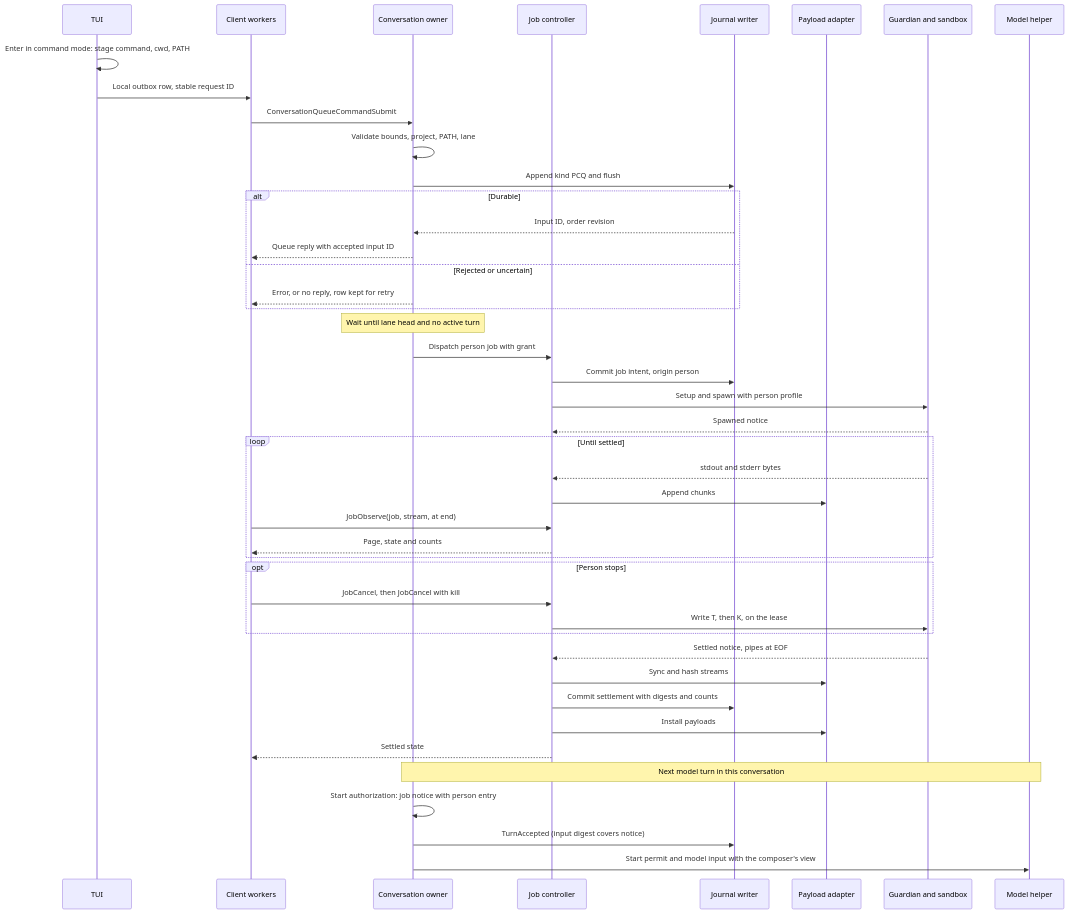
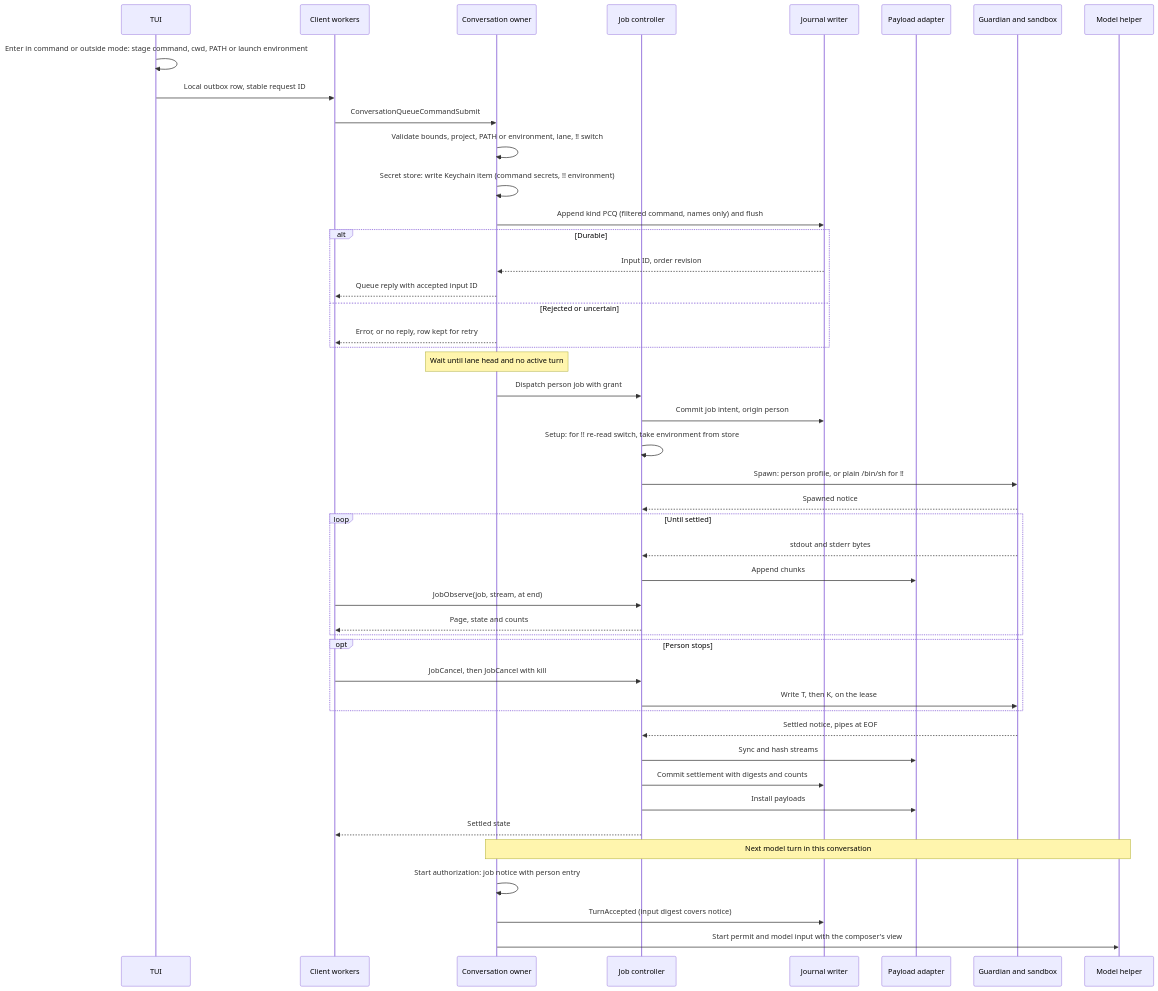
The fifth of 7 diagrams in docs/designs/person-command-mode.md (pidster/asura), drawn with Mermaid before and after one commit. The commit also changed other lines of this file and 9 other files, not shown here.

First line of the commit message:
Design person commands, the whole-command variable and the secret store

````diff
--- a/docs/designs/person-command-mode.md
+++ b/docs/designs/person-command-mode.md
@@ -731,46 +962,48 @@
 ```mermaid
 sequenceDiagram
     participant U as TUI
     participant C as Client workers
     participant S as Conversation owner
     participant K as Job controller
     participant J as Journal writer
     participant P as Payload adapter
     participant G as Guardian and sandbox
     participant M as Model helper
-    U->>U: Enter in command mode: stage command, cwd, PATH
+    U->>U: Enter in command or outside mode: stage command, cwd, PATH or launch environment
     U->>C: Local outbox row, stable request ID
     C->>S: ConversationQueueCommandSubmit
-    S->>S: Validate bounds, project, PATH, lane
-    S->>J: Append kind PCQ and flush
+    S->>S: Validate bounds, project, PATH or environment, lane, !! switch
+    S->>S: Secret store: write Keychain item (command secrets, !! environment)
+    S->>J: Append kind PCQ (filtered command, names only) and flush
     alt Durable
         J-->>S: Input ID, order revision
         S-->>C: Queue reply with accepted input ID
     else Rejected or uncertain
         S-->>C: Error, or no reply, row kept for retry
     end
     Note over S: Wait until lane head and no active turn
     S->>K: Dispatch person job with grant
     K->>J: Commit job intent, origin person
-    K->>G: Setup and spawn with person profile
+    K->>K: Setup: for !! re-read switch, take environment from store
+    K->>G: Spawn: person profile, or plain /bin/sh for !!
     G-->>K: Spawned notice
     loop Until settled
         G-->>K: stdout and stderr bytes
         K->>P: Append chunks
         C->>K: JobObserve(job, stream, at end)
         K-->>C: Page, state and counts
     end
     opt Person stops
         C->>K: JobCancel, then JobCancel with kill
         K->>G: Write T, then K, on the lease
     end
     G-->>K: Settled notice, pipes at EOF
     K->>P: Sync and hash streams
     K->>J: Commit settlement with digests and counts
     K->>P: Install payloads
     K-->>C: Settled state
     Note over S,M: Next model turn in this conversation
     S->>S: Start authorization: job notice with person entry
     S->>J: TurnAccepted (input digest covers notice)
     S->>M: Start permit and model input with the composer's view
 ```
````
